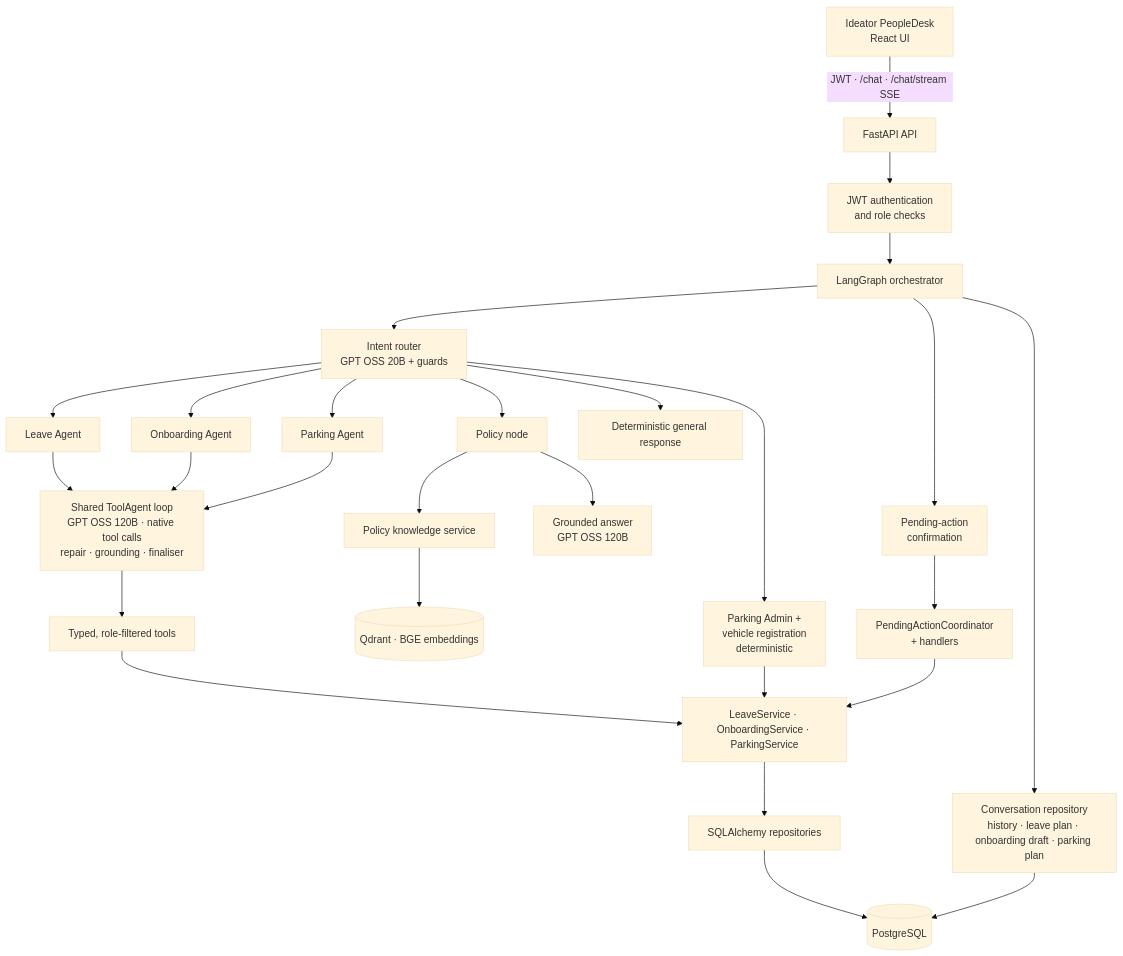
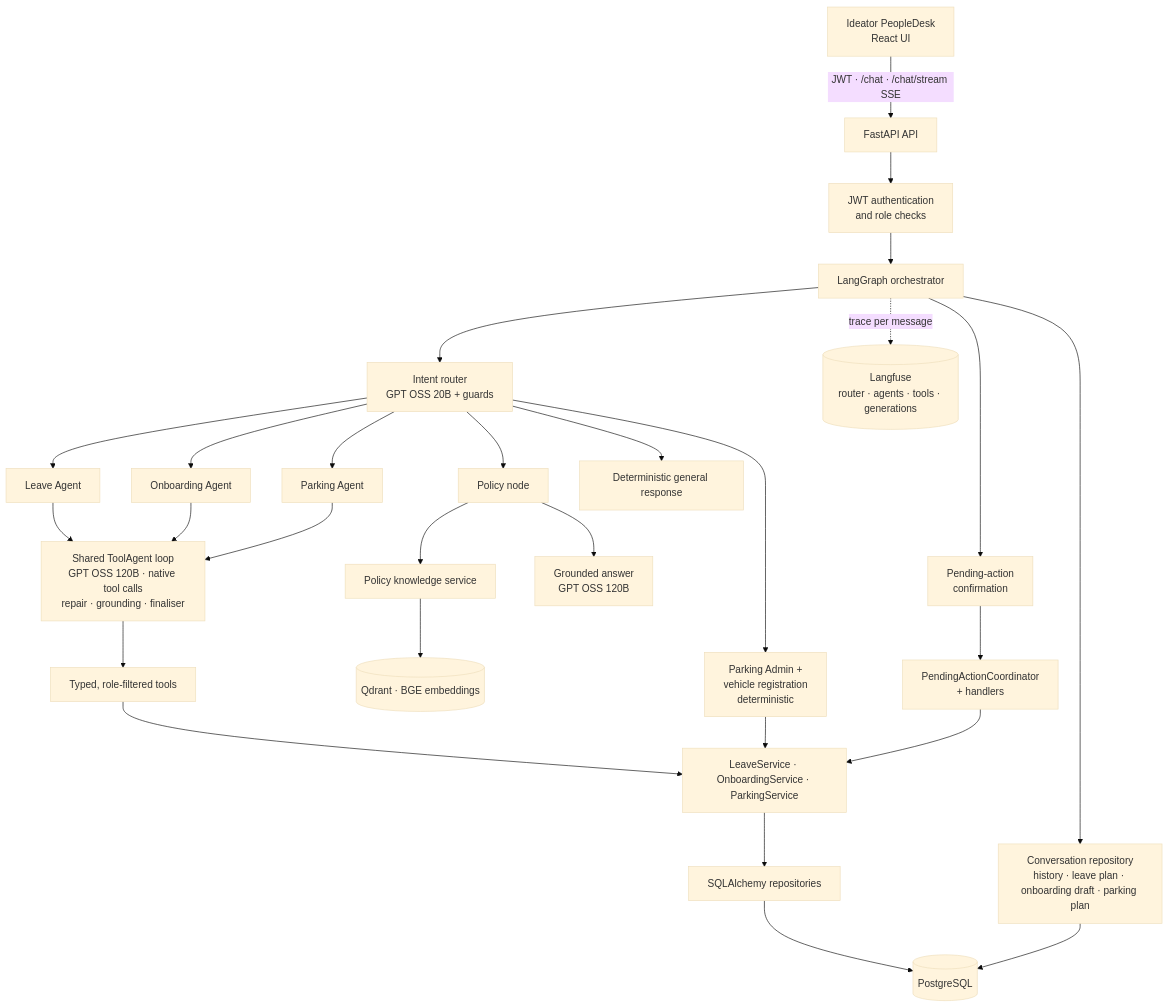
Before and after one commit to Hariharan27/Agentic-HR-Employee-Assistant: the first of 3 diagrams in ARCHITECTURE.md, drawn with Mermaid (base theme). The commit also changed other lines of this file and 5 other files, not shown here.

````diff
--- a/ARCHITECTURE.md
+++ b/ARCHITECTURE.md
@@ -36,31 +37,32 @@
 ```mermaid
 flowchart TB
     UI[Ideator PeopleDesk\nReact UI] -->|JWT · /chat · /chat/stream SSE| API[FastAPI API]
     API --> AUTH[JWT authentication\nand role checks]
     AUTH --> GRAPH[LangGraph orchestrator]
 
     GRAPH --> CONFIRM[Pending-action\nconfirmation]
     GRAPH --> ROUTER[Intent router\nGPT OSS 20B + guards]
     ROUTER --> POLICY[Policy node]
     ROUTER --> LEAVE[Leave Agent]
     ROUTER --> ONB[Onboarding Agent]
     ROUTER --> PARK[Parking Agent]
     ROUTER --> PADMIN[Parking Admin +\nvehicle registration\ndeterministic]
     ROUTER --> GENERAL[Deterministic general response]
 
     POLICY --> RAG[Policy knowledge service]
     RAG --> QDRANT[(Qdrant · BGE embeddings)]
     POLICY --> ANSWER[Grounded answer\nGPT OSS 120B]
 
     LEAVE & ONB & PARK --> LOOP[Shared ToolAgent loop\nGPT OSS 120B · native tool calls\nrepair · grounding · finaliser]
     LOOP --> TOOLS[Typed, role-filtered tools]
     TOOLS --> SERVICES[LeaveService · OnboardingService · ParkingService]
     PADMIN --> SERVICES
     CONFIRM --> PENDING[PendingActionCoordinator\n+ handlers]
     PENDING --> SERVICES
     SERVICES --> REPO[SQLAlchemy repositories]
     REPO --> POSTGRES[(PostgreSQL)]
 
     GRAPH --> CONVERSATION[Conversation repository\nhistory · leave plan · onboarding draft · parking plan]
     CONVERSATION --> POSTGRES
+    GRAPH -.->|trace per message| LANGFUSE[(Langfuse\nrouter · agents · tools · generations)]
 ```
````
